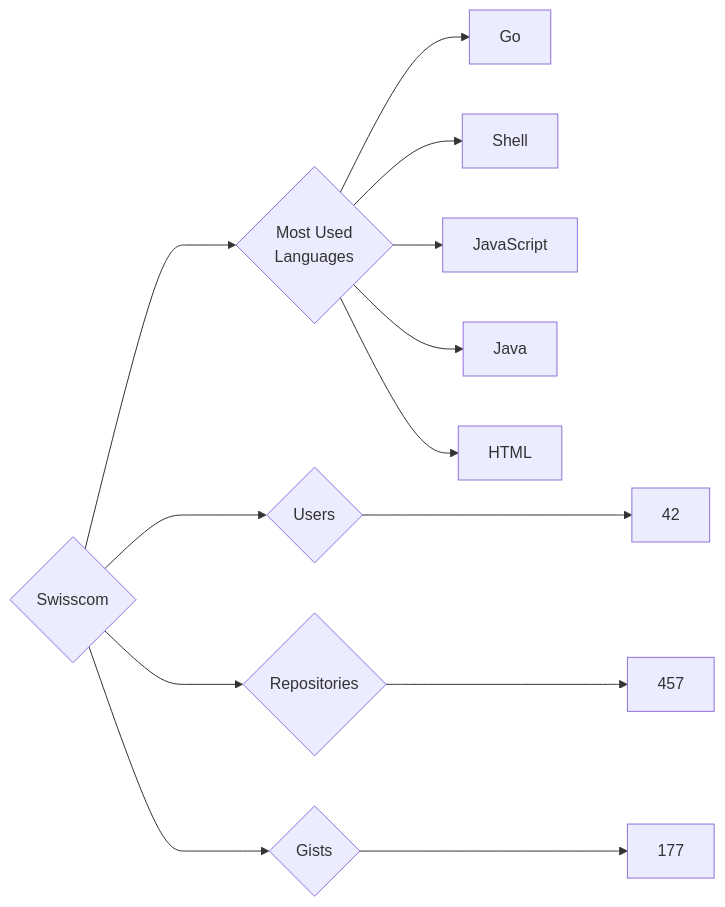
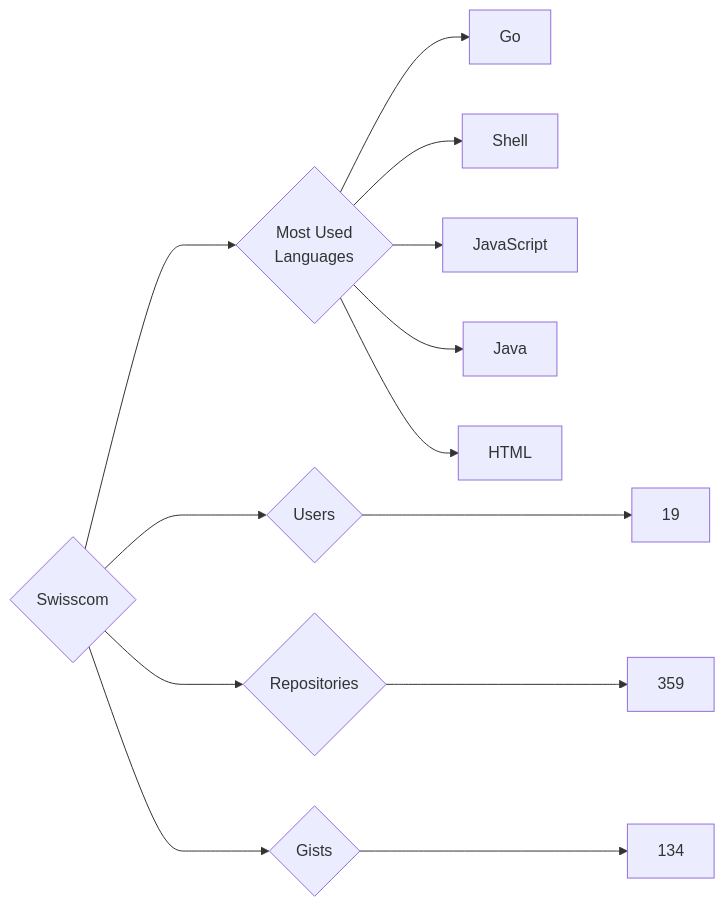
Before and after one commit to trickest/insiders: the diagram in targets/Swisscom/README.md, drawn with Mermaid. The commit also changed 870 other files, not shown here.

````diff
--- a/targets/Swisscom/README.md
+++ b/targets/Swisscom/README.md
@@ -3,13 +3,13 @@
 ```mermaid
 graph LR
 COMPANY_NAME{Swisscom}
-COMPANY_NAME ---> U{Users} ---> UN[42]
-COMPANY_NAME ---> R{Repositories} ---> RN[457]
-COMPANY_NAME ---> G{Gists} ---> GN[177]
+COMPANY_NAME ---> U{Users} ---> UN[19]
+COMPANY_NAME ---> R{Repositories} ---> RN[359]
+COMPANY_NAME ---> G{Gists} ---> GN[134]
 COMPANY_NAME ---> ML{Most Used<br>Languages}
 ML --> Go[Go]
 ML --> Shell[Shell]
 ML --> JavaScript[JavaScript]
 ML --> Java[Java]
 ML --> HTML[HTML]
 ```
````
